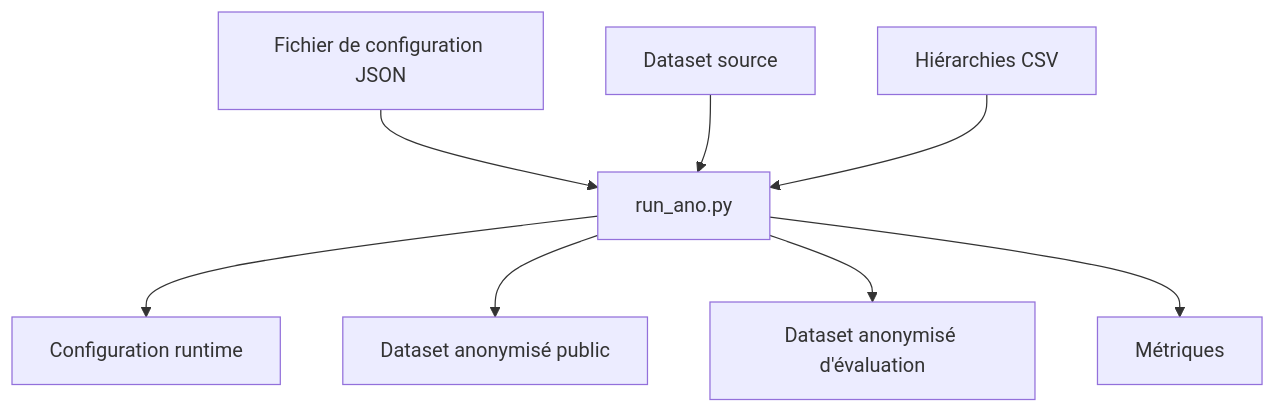
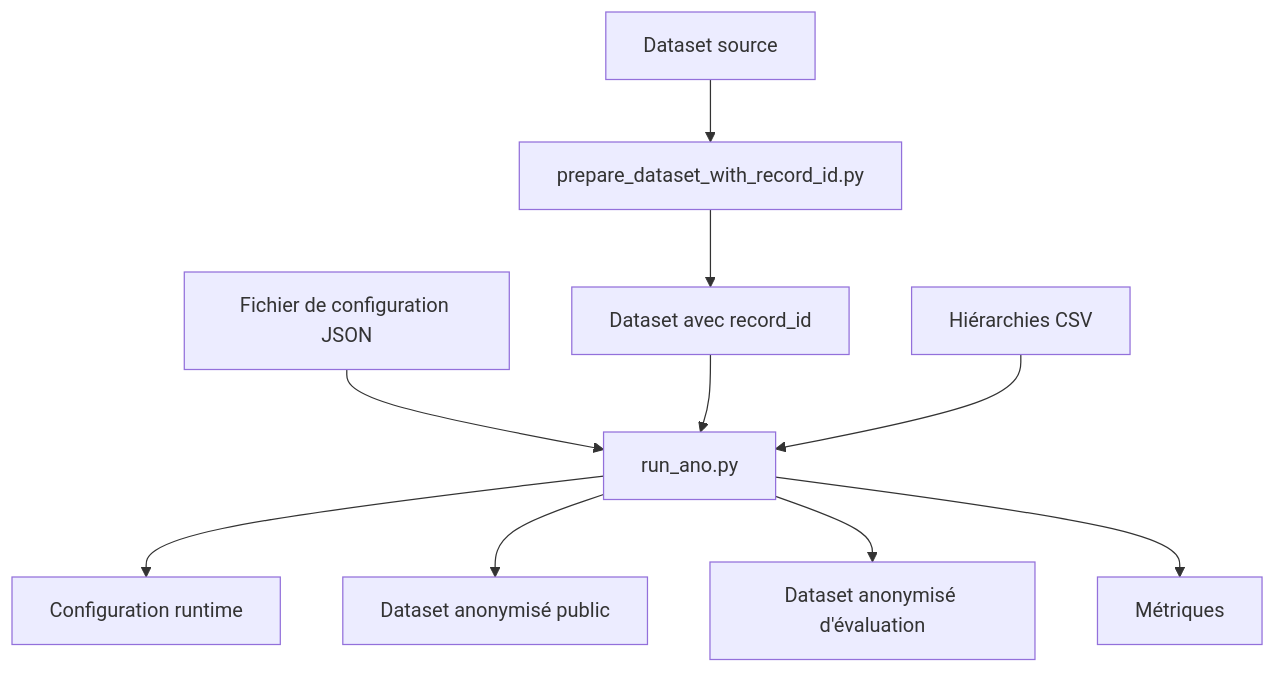
Before and after one commit to LouisJauniau/TER_privacy_attack: the diagram in ter_attacker_08_04/docs/anonymisation.md, drawn with Mermaid. The commit also changed other lines of this file and 170 other files, not shown here.

````diff
--- a/ter_attacker_08_04/docs/anonymisation.md
+++ b/ter_attacker_08_04/docs/anonymisation.md
@@ -248,11 +273,14 @@
 ```mermaid
 flowchart TD
-    A[Fichier de configuration JSON] --> B[run_ano.py]
-    C[Dataset source] --> B
-    D[Hiérarchies CSV] --> B
+    A[Dataset source] --> B[prepare_dataset_with_record_id.py]
+    B --> C[Dataset avec record_id]
 
-    B --> E[Configuration runtime]
-    B --> F[Dataset anonymisé public]
-    B --> G[Dataset anonymisé d'évaluation]
-    B --> H[Métriques]
+    D[Fichier de configuration JSON] --> E[run_ano.py]
+    C --> E
+    F[Hiérarchies CSV] --> E
+
+    E --> G[Configuration runtime]
+    E --> H[Dataset anonymisé public]
+    E --> I[Dataset anonymisé d'évaluation]
+    E --> J[Métriques]
 ```
````
